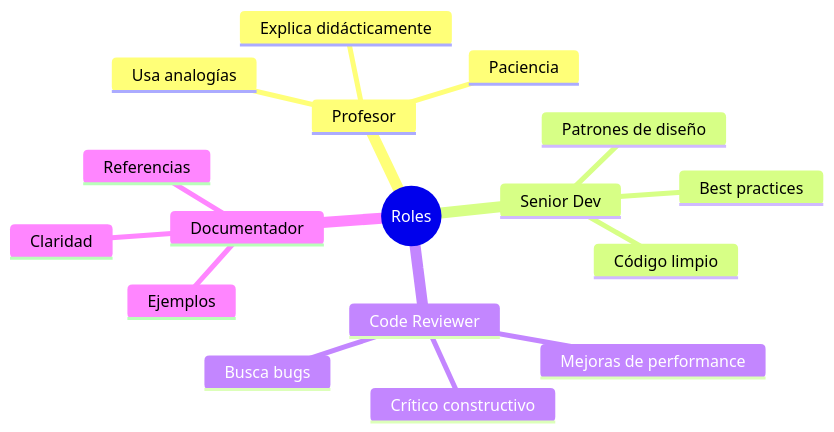
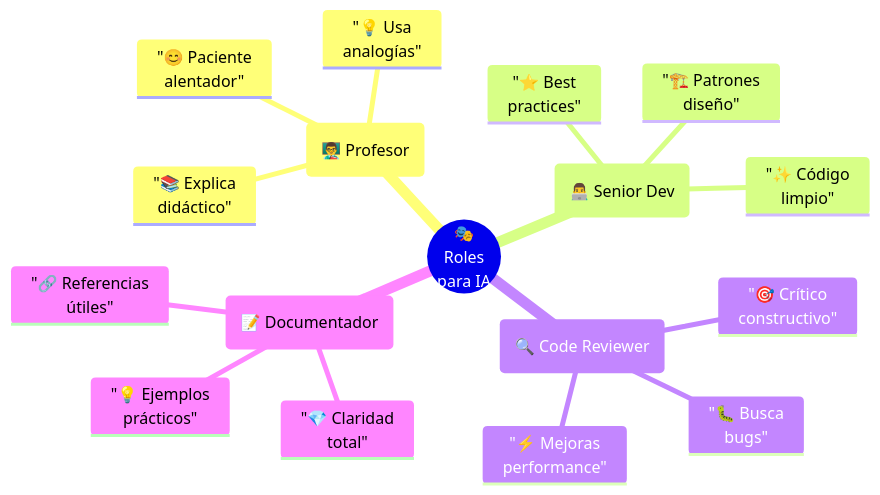
Before and after one commit to Ai-Whisperers/Courses-Content: diagram 13 of 18 in courses/🟡-development/FPUNA-2026/00-FUNDAMENTOS-PRINCIPALES/03-ingenieria-prompts.md, drawn with Mermaid. The commit also changed other lines of this file, not shown here.

First line of the commit message:
Complete remaining 5/18 diagrams in 03-ingenieria-prompts.md

````diff
--- a/courses/🟡-development/FPUNA-2026/00-FUNDAMENTOS-PRINCIPALES/03-ingenieria-prompts.md
+++ b/courses/🟡-development/FPUNA-2026/00-FUNDAMENTOS-PRINCIPALES/03-ingenieria-prompts.md
@@ -830,20 +830,20 @@
 ```mermaid
 mindmap
-  root((Roles))
-    Profesor
-      Explica didácticamente
-      Usa analogías
-      Paciencia
-    Senior Dev
-      Best practices
-      Patrones de diseño
-      Código limpio
-    Code Reviewer
-      Crítico constructivo
-      Busca bugs
-      Mejoras de performance
-    Documentador
-      Claridad
-      Ejemplos
-      Referencias
+  root(("🎭<br/>Roles<br/>para IA"))
+    ("👨‍🏫 Profesor")
+      "📚 Explica<br/>didáctico"
+      "💡 Usa<br/>analogías"
+      "😊 Paciente<br/>alentador"
+    ("👨‍💻 Senior Dev")
+      "⭐ Best<br/>practices"
+      "🏗️ Patrones<br/>diseño"
+      "✨ Código<br/>limpio"
+    ("🔍 Code Reviewer")
+      "🎯 Crítico<br/>constructivo"
+      "🐛 Busca<br/>bugs"
+      "⚡ Mejoras<br/>performance"
+    ("📝 Documentador")
+      "💎 Claridad<br/>total"
+      "💡 Ejemplos<br/>prácticos"
+      "🔗 Referencias<br/>útiles"
 ```
````
